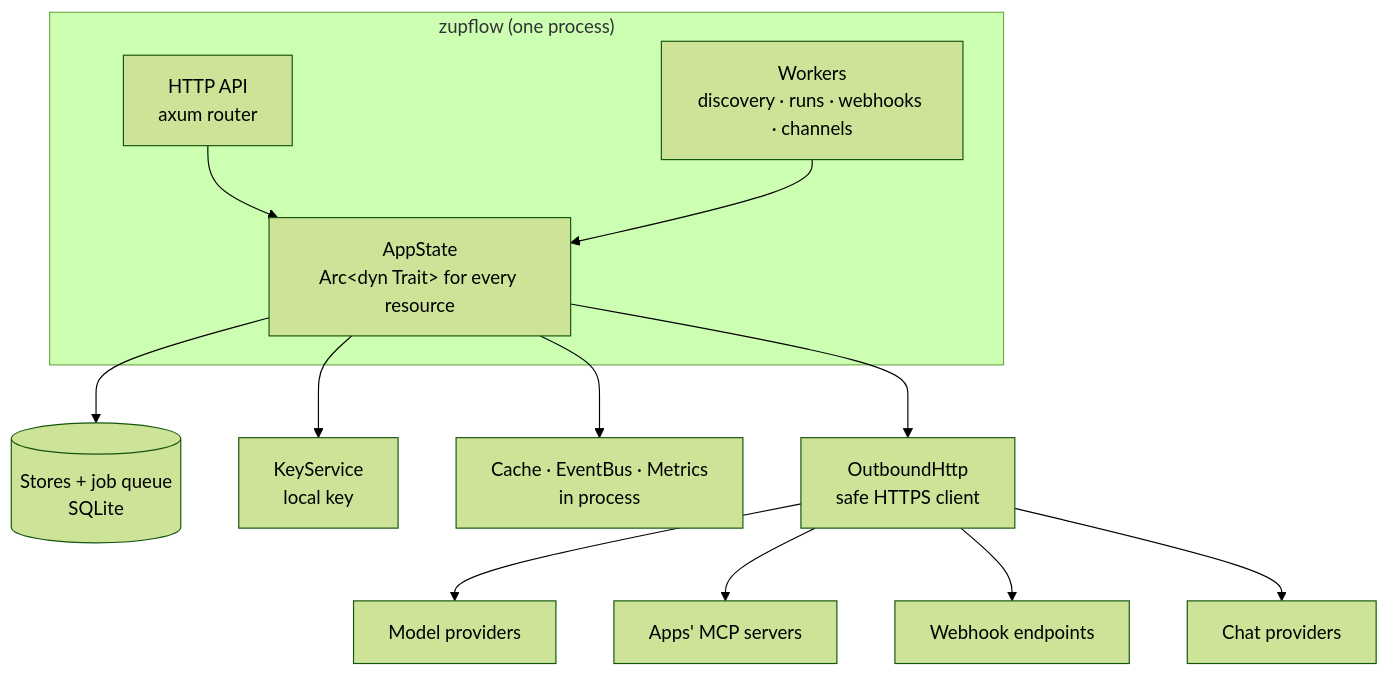
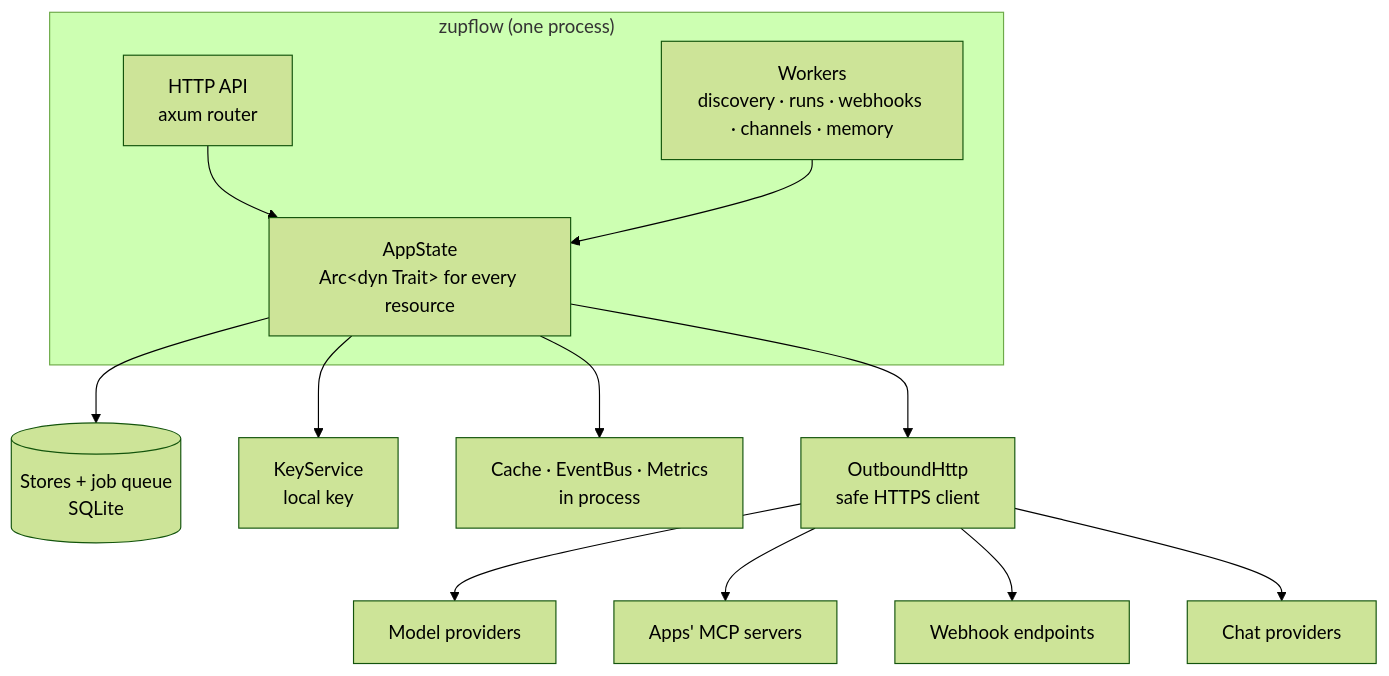
The diagram in apps/docs/src/content/docs/self-hosting/architecture/overview.mdx (zupflow-hq/zupflow), drawn with Mermaid (forest theme) before and after one commit. The commit also changed other lines of this file and 11 other files, not shown here.

````diff
--- a/apps/docs/src/content/docs/self-hosting/architecture/overview.mdx
+++ b/apps/docs/src/content/docs/self-hosting/architecture/overview.mdx
@@ -13,18 +13,18 @@
 ```mermaid
 flowchart TB
     subgraph process["zupflow (one process)"]
         API["HTTP API<br/>axum router"]
-        W["Workers<br/>discovery · runs · webhooks · channels"]
+        W["Workers<br/>discovery · runs · webhooks · channels · memory"]
         S["AppState<br/>Arc&lt;dyn Trait&gt; for every resource"]
         API --> S
         W --> S
     end
     S --> DB[("Stores + job queue<br/>SQLite")]
     S --> K["KeyService<br/>local key"]
     S --> C["Cache · EventBus · Metrics<br/>in process"]
     S --> O["OutboundHttp<br/>safe HTTPS client"]
     O --> M["Model providers"]
     O --> MCP["Apps' MCP servers"]
     O --> WH["Webhook endpoints"]
     O --> CH["Chat providers"]
 ```
````
